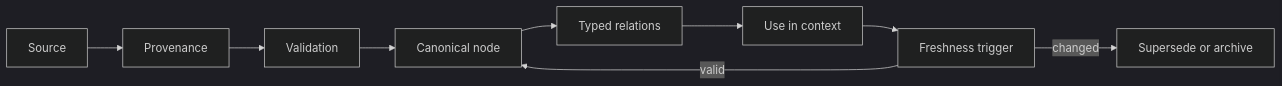
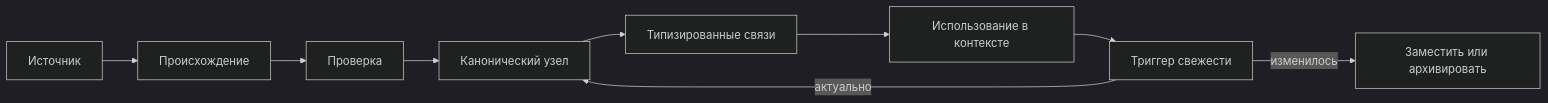
The diagram in diagrams/knowledge-flow.md (kitay-sudo/vectra), drawn with Mermaid (dark theme) before and after one commit. The commit also changed other lines of this file and 63 other files, not shown here.

````diff
--- a/diagrams/knowledge-flow.md
+++ b/diagrams/knowledge-flow.md
@@ -3,11 +3,11 @@
 ```mermaid
 flowchart LR
-  S["Source"] --> P["Provenance"]
-  P --> V["Validation"]
-  V --> N["Canonical node"]
-  N --> L["Typed relations"]
-  L --> U["Use in context"]
-  U --> F["Freshness trigger"]
-  F -->|valid| N
-  F -->|changed| X["Supersede or archive"]
+  S["Источник"] --> P["Происхождение"]
+  P --> V["Проверка"]
+  V --> N["Канонический узел"]
+  N --> L["Типизированные связи"]
+  L --> U["Использование в контексте"]
+  U --> F["Триггер свежести"]
+  F -->|актуально| N
+  F -->|изменилось| X["Заместить или архивировать"]
 ```
````
